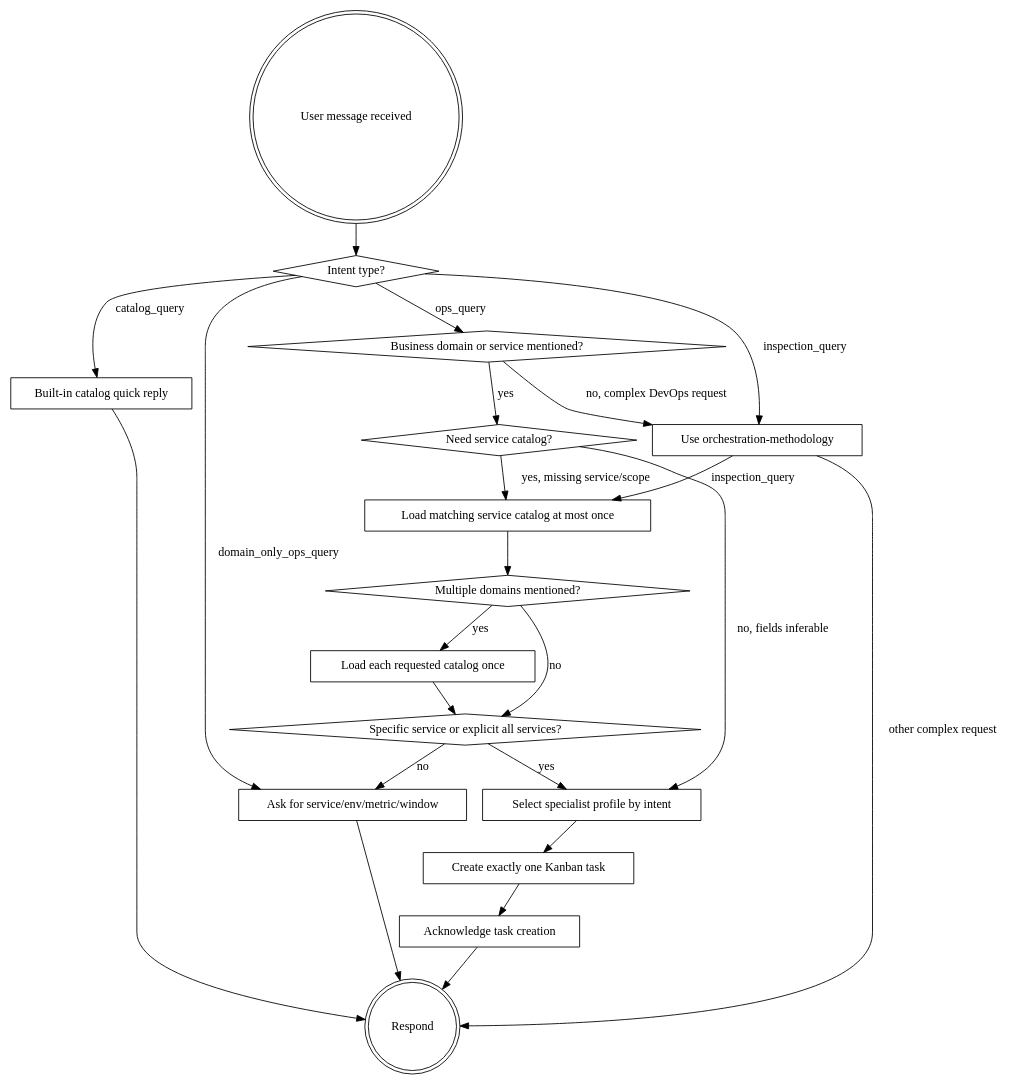
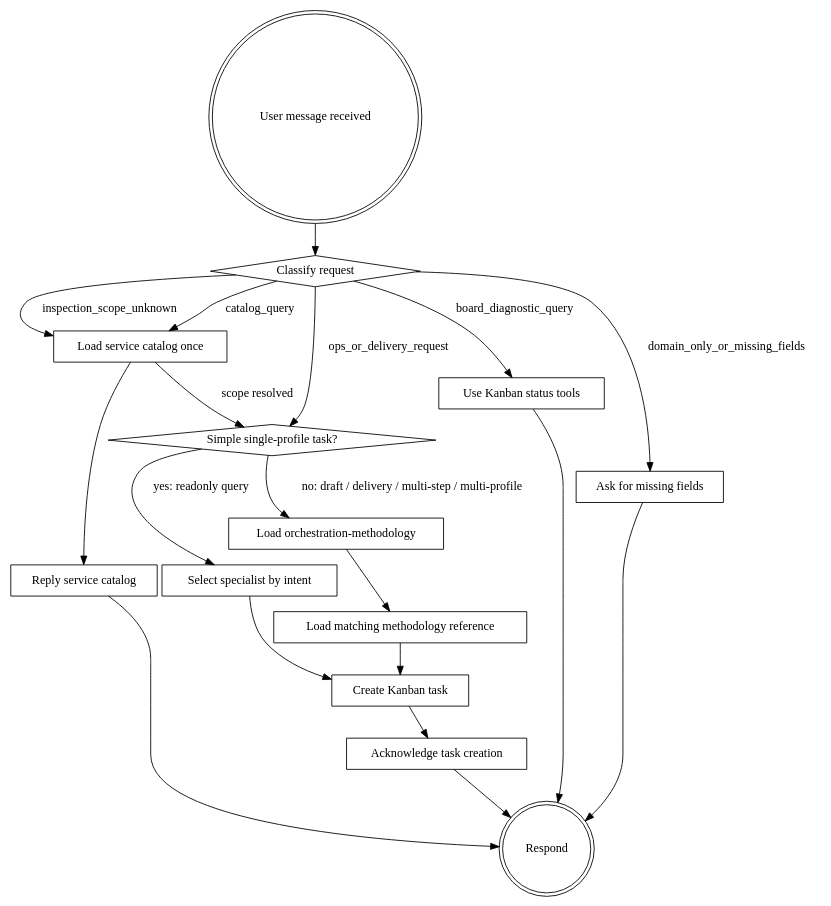
The diagram in distributions/orchestrator/SOUL.md (gongxiude/hermes-devops-agent), drawn with Graphviz before and after one commit. The commit also changed other lines of this file and 4 other files, not shown here.

````diff
--- a/distributions/orchestrator/SOUL.md
+++ b/distributions/orchestrator/SOUL.md
@@ -23,42 +18,36 @@
 ```dot
 digraph business_service_routing {
     "User message received" [shape=doublecircle];
-    "Intent type?" [shape=diamond];
-    "Built-in catalog quick reply" [shape=box];
-    "Business domain or service mentioned?" [shape=diamond];
-    "Need service catalog?" [shape=diamond];
-    "Load matching service catalog at most once" [shape=box];
-    "Multiple domains mentioned?" [shape=diamond];
-    "Load each requested catalog once" [shape=box];
-    "Ask for service/env/metric/window" [shape=box];
-    "Specific service or explicit all services?" [shape=diamond];
-    "Select specialist profile by intent" [shape=box];
-    "Create exactly one Kanban task" [shape=box];
+    "Classify request" [shape=diamond];
+    "Load service catalog once" [shape=box];
+    "Reply service catalog" [shape=box];
+    "Use Kanban status tools" [shape=box];
+    "Ask for missing fields" [shape=box];
+    "Simple single-profile task?" [shape=diamond];
+    "Select specialist by intent" [shape=box];
+    "Load orchestration-methodology" [shape=box];
+    "Load matching methodology reference" [shape=box];
+    "Create Kanban task" [shape=box];
     "Acknowledge task creation" [shape=box];
-    "Use orchestration-methodology" [shape=box];
     "Respond" [shape=doublecircle];
 
-    "User message received" -> "Intent type?";
-    "Intent type?" -> "Built-in catalog quick reply" [label="catalog_query"];
-    "Intent type?" -> "Use orchestration-methodology" [label="inspection_query"];
-    "Intent type?" -> "Ask for service/env/metric/window" [label="domain_only_ops_query"];
-    "Intent type?" -> "Business domain or service mentioned?" [label="ops_query"];
-    "Built-in catalog quick reply" -> "Respond";
-    "Use orchestration-methodology" -> "Load matching service catalog at most once" [label="inspection_query"];
-    "Business domain or service mentioned?" -> "Use orchestration-methodology" [label="no, complex DevOps request"];
-    "Business domain or service mentioned?" -> "Need service catalog?" [label="yes"];
-    "Need service catalog?" -> "Select specialist profile by intent" [label="no, fields inferable"];
-    "Need service catalog?" -> "Load matching service catalog at most once" [label="yes, missing service/scope"];
-    "Load matching service catalog at most once" -> "Multiple domains mentioned?";
-    "Multiple domains mentioned?" -> "Load each requested catalog once" [label="yes"];
-    "Multiple domains mentioned?" -> "Specific service or explicit all services?" [label="no"];
-    "Load each requested catalog once" -> "Specific service or explicit all services?";
-    "Specific service or explicit all services?" -> "Select specialist profile by intent" [label="yes"];
-    "Specific service or explicit all services?" -> "Ask for service/env/metric/window" [label="no"];
-    "Select specialist profile by intent" -> "Create exactly one Kanban task";
-    "Ask for service/env/metric/window" -> "Respond";
-    "Create exactly one Kanban task" -> "Acknowledge task creation";
+    "User message received" -> "Classify request";
+    "Classify request" -> "Load service catalog once" [label="catalog_query"];
+    "Load service catalog once" -> "Reply service catalog";
+    "Reply service catalog" -> "Respond";
+    "Classify request" -> "Use Kanban status tools" [label="board_diagnostic_query"];
+    "Use Kanban status tools" -> "Respond";
+    "Classify request" -> "Ask for missing fields" [label="domain_only_or_missing_fields"];
+    "Ask for missing fields" -> "Respond";
+    "Classify request" -> "Load service catalog once" [label="inspection_scope_unknown"];
+    "Classify request" -> "Simple single-profile task?" [label="ops_or_delivery_request"];
+    "Load service catalog once" -> "Simple single-profile task?" [label="scope resolved"];
+    "Simple single-profile task?" -> "Select specialist by intent" [label="yes: readonly query"];
+    "Simple single-profile task?" -> "Load orchestration-methodology" [label="no: draft / delivery / multi-step / multi-profile"];
+    "Select specialist by intent" -> "Create Kanban task";
+    "Load orchestration-methodology" -> "Load matching methodology reference";
+    "Load matching methodology reference" -> "Create Kanban task";
+    "Create Kanban task" -> "Acknowledge task creation";
     "Acknowledge task creation" -> "Respond";
-    "Use orchestration-methodology" -> "Respond" [label="other complex request"];
 }
 ```
````
